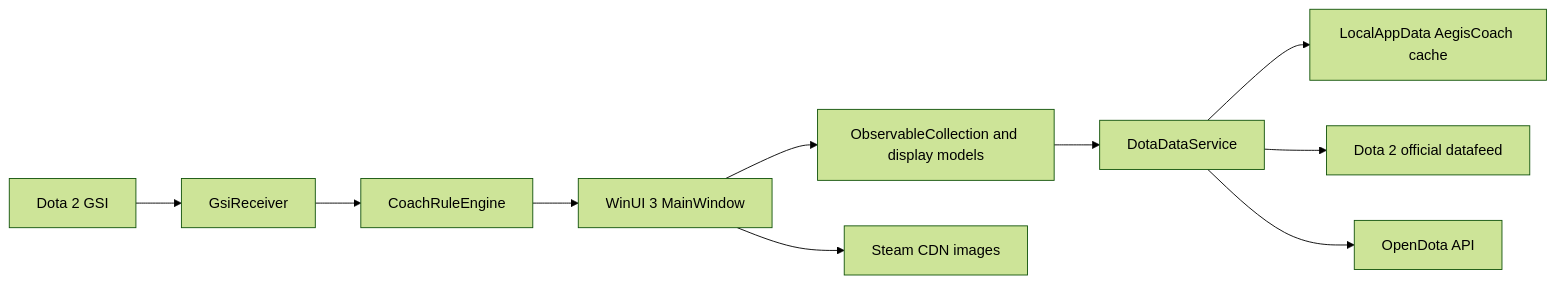
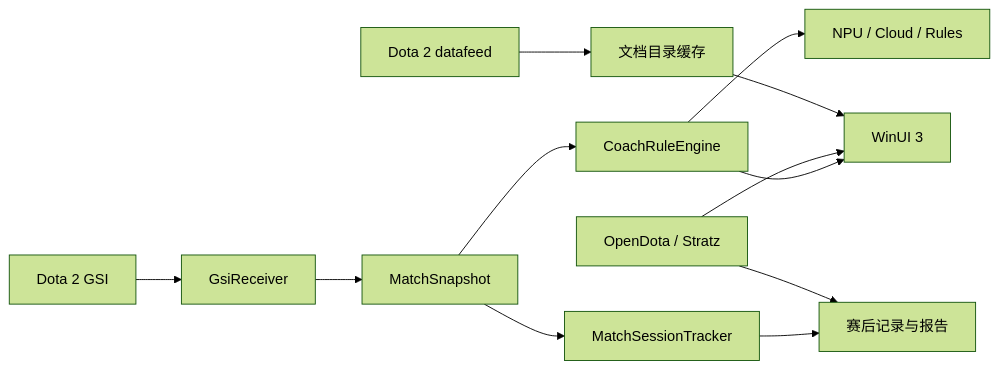
Before and after one commit to filusilia/tiny-coach: the diagram in docs/PROJECT_DOCUMENTATION.md, drawn with Mermaid (forest theme). The commit also changed other lines of this file and 41 other files, not shown here.

````diff
--- a/docs/PROJECT_DOCUMENTATION.md
+++ b/docs/PROJECT_DOCUMENTATION.md
@@ -37,22 +47,14 @@
 ```mermaid
 flowchart LR
-    UI[WinUI 3 MainWindow]
-    VM[ObservableCollection and display models]
-    SVC[DotaDataService]
-    CACHE[LocalAppData AegisCoach cache]
-    OFFICIAL[Dota 2 official datafeed]
-    OD[OpenDota API]
-    CDN[Steam CDN images]
-    DOTA[Dota 2 GSI]
-    GSI[GsiReceiver]
-    RULES[CoachRuleEngine]
-    UI --> VM
-    VM --> SVC
-    SVC --> CACHE
-    SVC --> OFFICIAL
-    SVC --> OD
-    UI --> CDN
-    DOTA --> GSI
-    GSI --> RULES
-    RULES --> UI
+    DOTA["Dota 2 GSI"] --> RX["GsiReceiver"]
+    RX --> SNAP["MatchSnapshot"]
+    SNAP --> RULE["CoachRuleEngine"]
+    SNAP --> TRACK["MatchSessionTracker"]
+    RULE --> UI["WinUI 3"]
+    RULE --> AI["NPU / Cloud / Rules"]
+    TRACK --> REPORT["赛后记录与报告"]
+    OD["OpenDota / Stratz"] --> UI
+    OD --> REPORT
+    OFFICIAL["Dota 2 datafeed"] --> CACHE["文档目录缓存"]
+    CACHE --> UI
 ```
````
